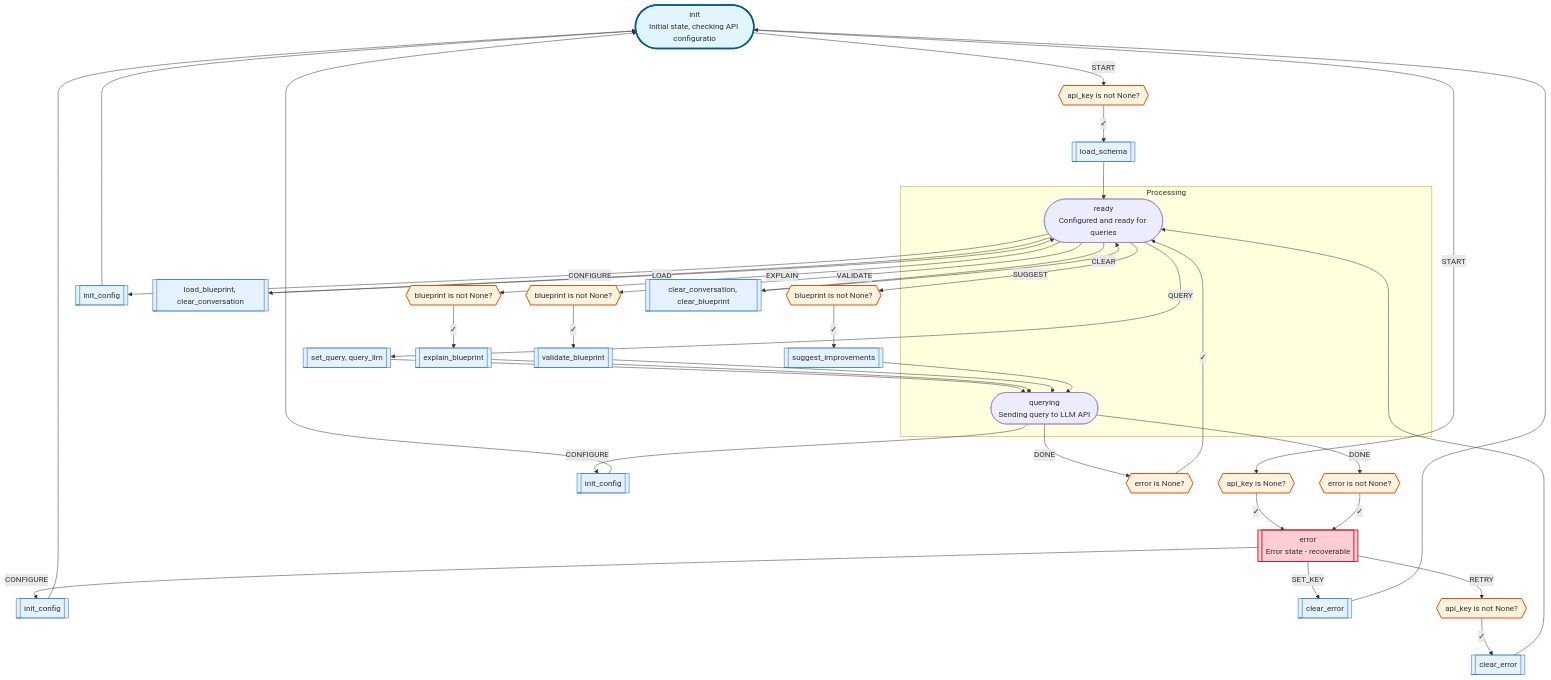
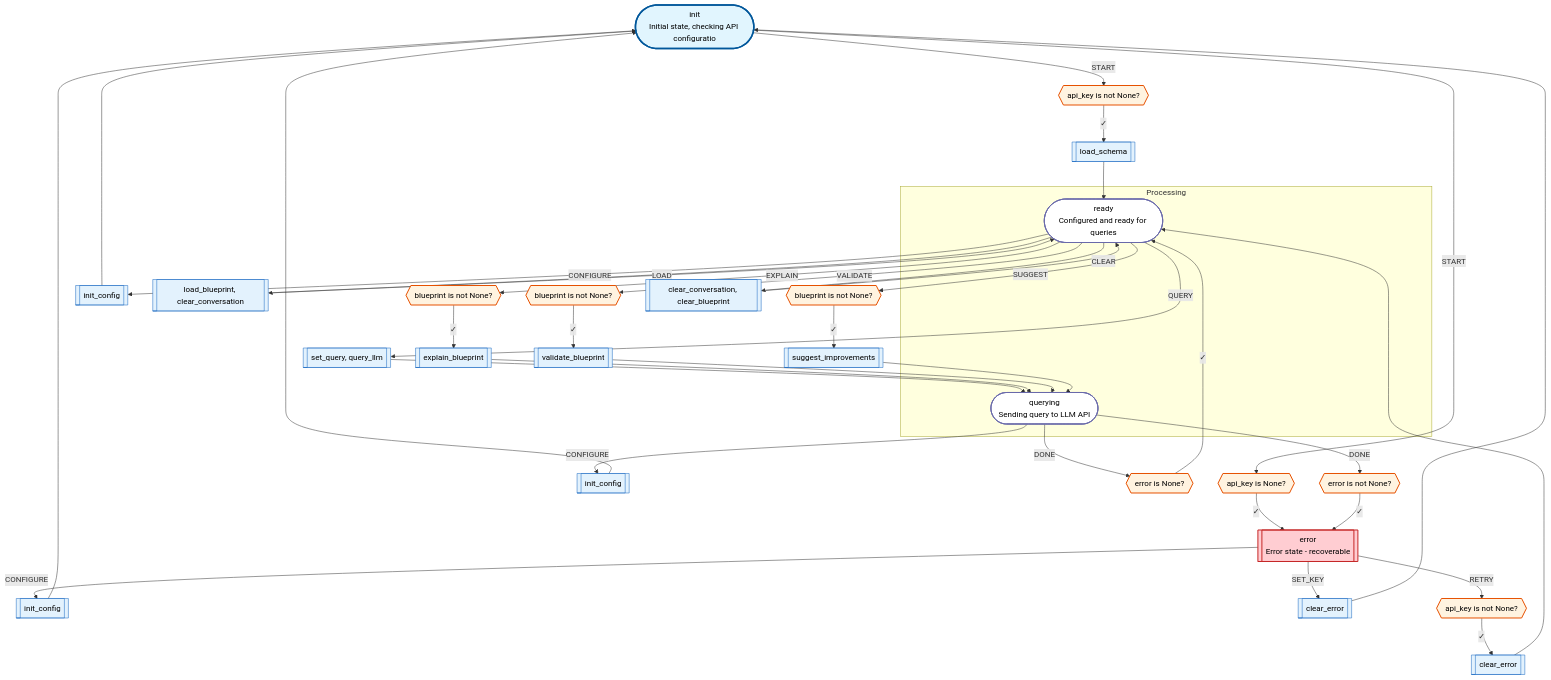
The diagram in utils/llm_assistant/results/llm_assistant.mmd (rhCat/lpp), drawn with Mermaid before and after one commit. The commit also changed 64 other files, not shown here.

```diff
--- a/utils/llm_assistant/results/llm_assistant.mmd
+++ b/utils/llm_assistant/results/llm_assistant.mmd
@@ -1,72 +1,73 @@
 flowchart TD
     %% L++ Logic CAD: L++ LLM Schema Assistant
-        state_init(["init\nInitial state, checking API configuratio"]):::entry
+        state_init(["init<br>Initial state, checking API configuratio"]):::entry
     subgraph Processing
-        state_ready(["ready\nConfigured and ready for queries"])
-        state_querying(["querying\nSending query to LLM API"])
+        state_ready(["ready<br>Configured and ready for queries"]):::state
+        state_querying(["querying<br>Sending query to LLM API"]):::state
     end
-        state_error[["error\nError state - recoverable"]]:::errorState
+        state_error[["error<br>Error state - recoverable"]]:::errorState
 
     %% Transitions
     gate_t0s0{{"api_key is not None?"}}:::gate
     state_init -- "START" --> gate_t0s0
     act_t0s0[["load_schema"]]:::action
     gate_t0s0 -- ✓ --> act_t0s0
     act_t0s0 --> state_ready
     gate_t1s0{{"api_key is None?"}}:::gate
     state_init -- "START" --> gate_t1s0
     gate_t1s0 -- ✓ --> state_error
     act_t2s0[["init_config"]]:::action
     state_error -- "CONFIGURE" --> act_t2s0
     act_t2s0 --> state_init
     act_t2s1[["init_config"]]:::action
     state_ready -- "CONFIGURE" --> act_t2s1
     act_t2s1 --> state_init
     act_t2s2[["init_config"]]:::action
     state_querying -- "CONFIGURE" --> act_t2s2
     act_t2s2 --> state_init
     act_t3s0[["clear_error"]]:::action
     state_error -- "SET_KEY" --> act_t3s0
     act_t3s0 --> state_init
     act_t4s0[["load_blueprint, clear_conversation"]]:::action
     state_ready -- "LOAD" --> act_t4s0
     act_t4s0 --> state_ready
     act_t5s0[["set_query, query_llm"]]:::action
     state_ready -- "QUERY" --> act_t5s0
     act_t5s0 --> state_querying
     gate_t6s0{{"blueprint is not None?"}}:::gate
     state_ready -- "EXPLAIN" --> gate_t6s0
     act_t6s0[["explain_blueprint"]]:::action
     gate_t6s0 -- ✓ --> act_t6s0
     act_t6s0 --> state_querying
     gate_t7s0{{"blueprint is not None?"}}:::gate
     state_ready -- "VALIDATE" --> gate_t7s0
     act_t7s0[["validate_blueprint"]]:::action
     gate_t7s0 -- ✓ --> act_t7s0
     act_t7s0 --> state_querying
     gate_t8s0{{"blueprint is not None?"}}:::gate
     state_ready -- "SUGGEST" --> gate_t8s0
     act_t8s0[["suggest_improvements"]]:::action
     gate_t8s0 -- ✓ --> act_t8s0
     act_t8s0 --> state_querying
     gate_t9s0{{"error is None?"}}:::gate
     state_querying -- "DONE" --> gate_t9s0
     gate_t9s0 -- ✓ --> state_ready
     gate_t10s0{{"error is not None?"}}:::gate
     state_querying -- "DONE" --> gate_t10s0
     gate_t10s0 -- ✓ --> state_error
     act_t11s0[["clear_conversation, clear_blueprint"]]:::action
     state_ready -- "CLEAR" --> act_t11s0
     act_t11s0 --> state_ready
     gate_t12s0{{"api_key is not None?"}}:::gate
     state_error -- "RETRY" --> gate_t12s0
     act_t12s0[["clear_error"]]:::action
     gate_t12s0 -- ✓ --> act_t12s0
     act_t12s0 --> state_ready
 
-    %% Styling
-    classDef entry fill:#e1f5fe,stroke:#01579b,stroke-width:3px
-    classDef terminal fill:#c8e6c9,stroke:#2e7d32,stroke-width:3px
-    classDef errorState fill:#ffcdd2,stroke:#c62828,stroke-width:2px
-    classDef gate fill:#fff3e0,stroke:#e65100,stroke-width:2px
-    classDef action fill:#e3f2fd,stroke:#1565c0,stroke-width:1px
+    %% Styling - ALL shapes have explicit fill and black text
+    classDef entry fill:#e1f5fe,stroke:#01579b,stroke-width:3px,color:#000
+    classDef terminal fill:#c8e6c9,stroke:#2e7d32,stroke-width:3px,color:#000
+    classDef errorState fill:#ffcdd2,stroke:#c62828,stroke-width:2px,color:#000
+    classDef state fill:#ffffff,stroke:#6a6aaa,stroke-width:2px,color:#000
+    classDef gate fill:#fff3e0,stroke:#e65100,stroke-width:2px,color:#000
+    classDef action fill:#e3f2fd,stroke:#1565c0,stroke-width:1px,color:#000
```
